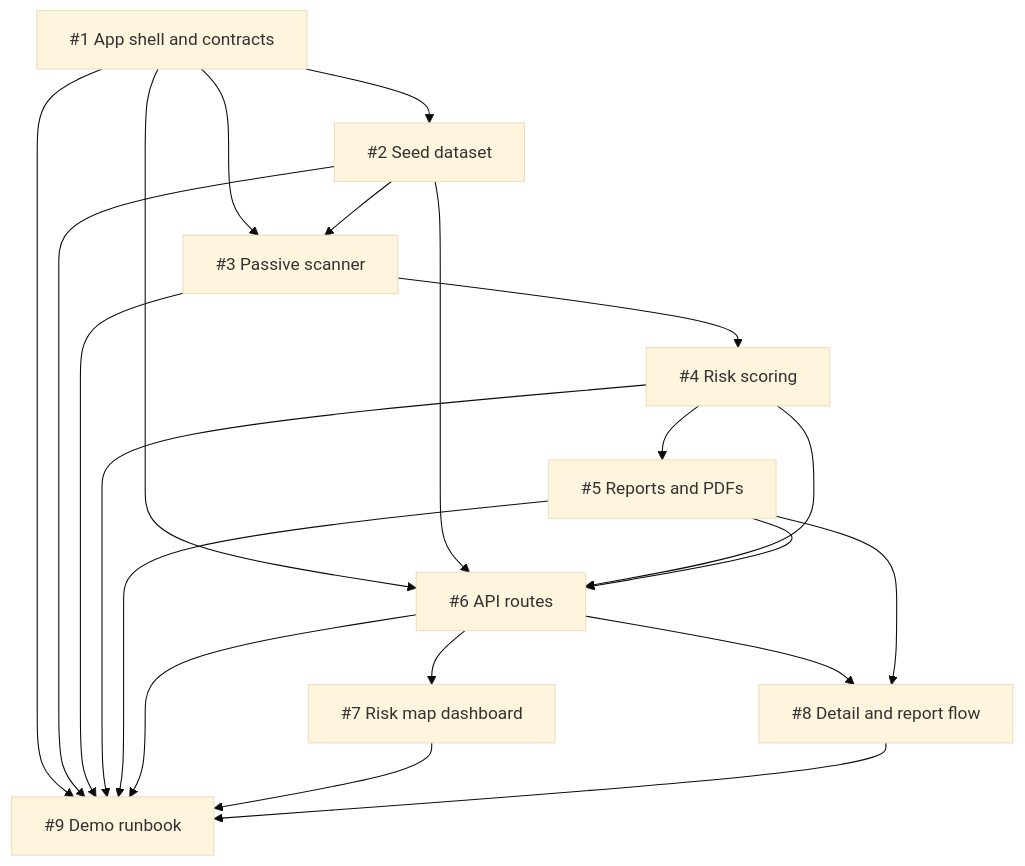
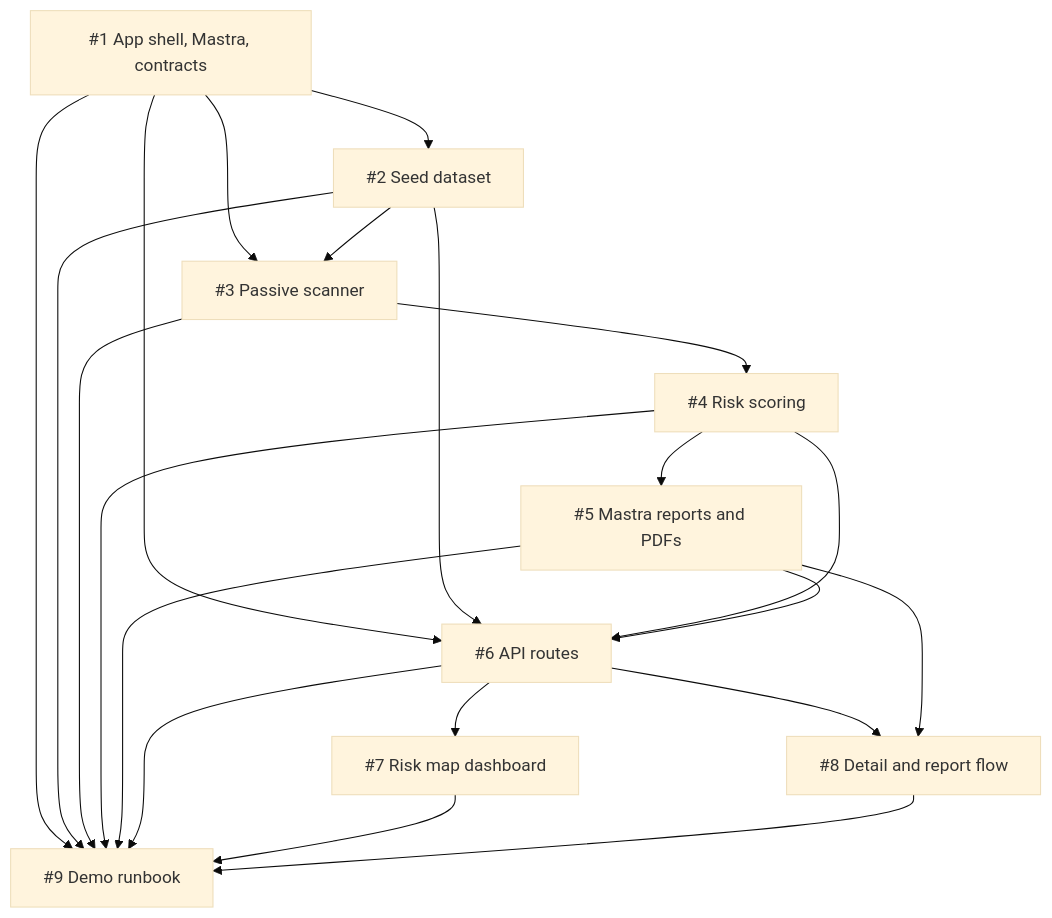
One commit to jerif118/OpenBreach changed the second of 3 diagrams in README.md. Above: the diagram before and after it, drawn with Mermaid (base theme). The commit also changed other lines of this file and 1 other file, not shown here.

First line of the commit message:
docs: pivot planned stack from AWS Bedrock AgentCore to Mastra + TanStack AI

````diff
--- a/README.md
+++ b/README.md
@@ -184,33 +189,33 @@
 ```mermaid
 flowchart TD
-  I1["#1 App shell and contracts"]
+  I1["#1 App shell, Mastra, contracts"]
   I2["#2 Seed dataset"]
   I3["#3 Passive scanner"]
   I4["#4 Risk scoring"]
-  I5["#5 Reports and PDFs"]
+  I5["#5 Mastra reports and PDFs"]
   I6["#6 API routes"]
   I7["#7 Risk map dashboard"]
   I8["#8 Detail and report flow"]
   I9["#9 Demo runbook"]
 
   I1 --> I2
   I1 --> I3
   I2 --> I3
   I3 --> I4
   I4 --> I5
   I1 --> I6
   I2 --> I6
   I4 --> I6
   I5 --> I6
   I6 --> I7
   I6 --> I8
   I5 --> I8
   I1 --> I9
   I2 --> I9
   I3 --> I9
   I4 --> I9
   I5 --> I9
   I6 --> I9
   I7 --> I9
   I8 --> I9
 ```
````
